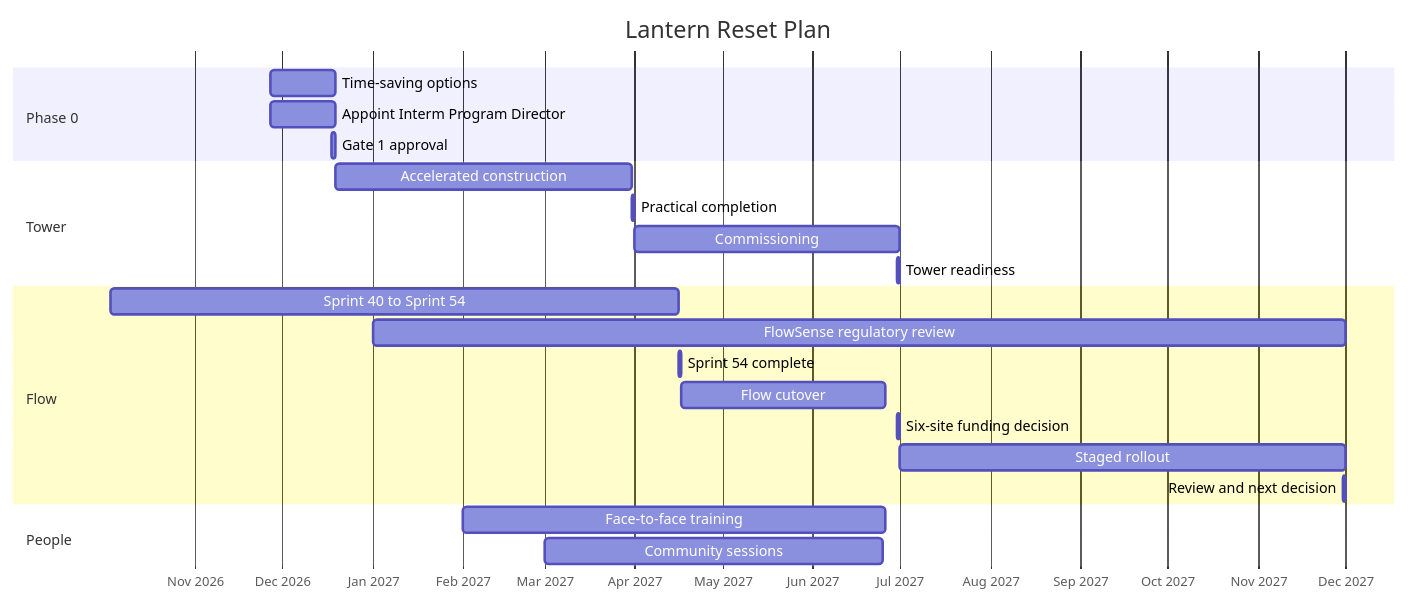
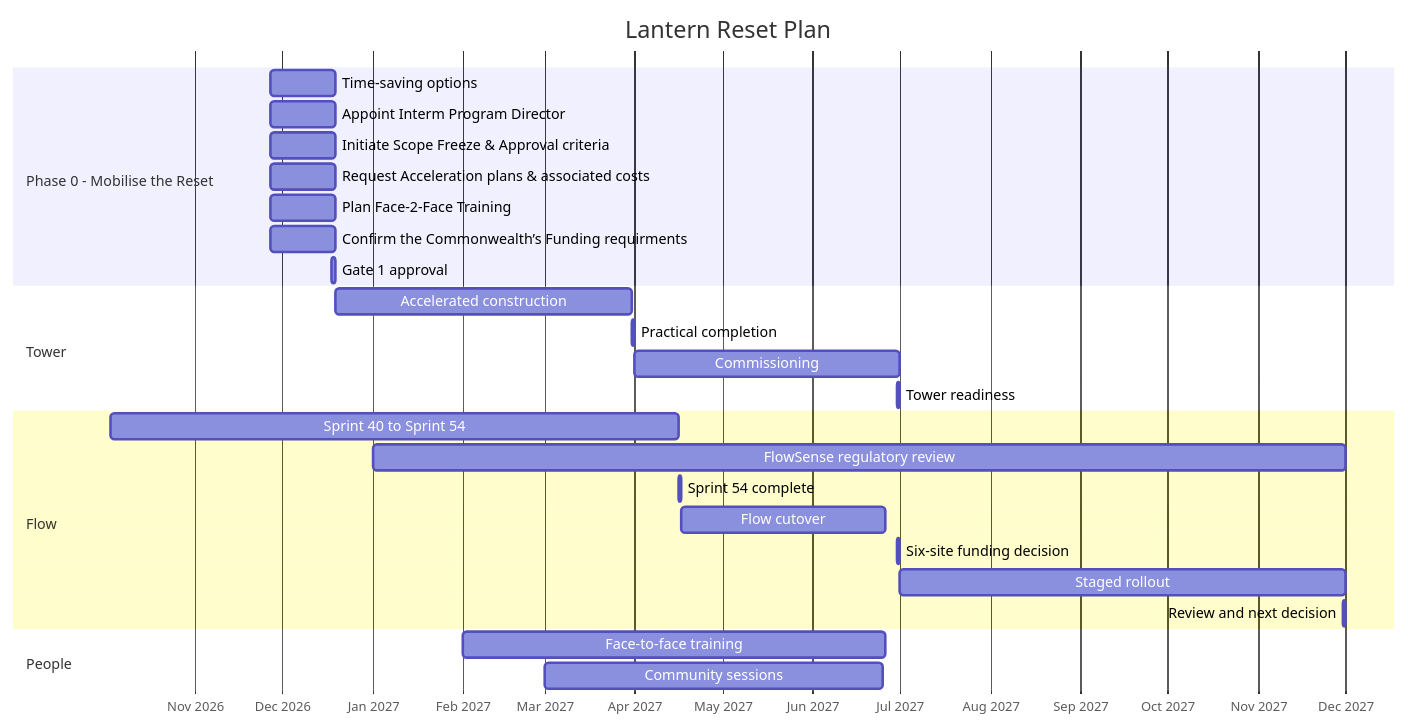
One commit to Clint485/Lantern changed the diagram in Lantern_Reset_Gantt (1).md. Above: the diagram before and after it, drawn with Mermaid.

Commit message:
Update Lantern_Reset_Gantt (1).md

````diff
--- a/Lantern_Reset_Gantt (1).md
+++ b/Lantern_Reset_Gantt (1).md
@@ -1,30 +1,34 @@
 ```mermaid
 gantt
     title Lantern Reset Plan
     dateFormat YYYY-MM-DD
     axisFormat %b %Y
 
-    section Phase 0
+    section Phase 0 - Mobilise the Reset
     Time-saving options :p0, 2026-11-27, 22d
     Appoint Interm Program Director    :g1, 2026-11-27, 22d
+    Initiate Scope Freeze & Approval criteria    :g1, 2026-11-27, 22d
+    Request Acceleration plans & associated costs    :g1, 2026-11-27, 22d
+    Plan Face-2-Face Training    :g1, 2026-11-27, 22d
+    Confirm the Commonwealth’s Funding requirments    :g1, 2026-11-27, 22d
     Gate 1 approval :g1, 2026-12-18, 1d
 
     section Tower
     Accelerated construction :tower, 2026-12-19, 102d
     Practical completion :g2, 2027-03-31, 1d
     Commissioning :commission, 2027-04-01, 91d
     Tower readiness :g3, 2027-06-30, 1d
 
     section Flow
     Sprint 40 to Sprint 54 :sprints, 2026-10-03, 195d
     FlowSense regulatory review :review, 2027-01-01, 334d
     Sprint 54 complete :g4, 2027-04-16, 1d
     Flow cutover :cutover, 2027-04-17, 70d
     Six-site funding decision :g5, 2027-06-30, 1d
     Staged rollout :rollout, 2027-07-01, 153d
     Review and next decision :g6, 2027-11-30, 1d
 
     section People
     Face-to-face training :training, 2027-02-01, 145d
     Community sessions :community, 2027-03-01, 116d
 ```
````
